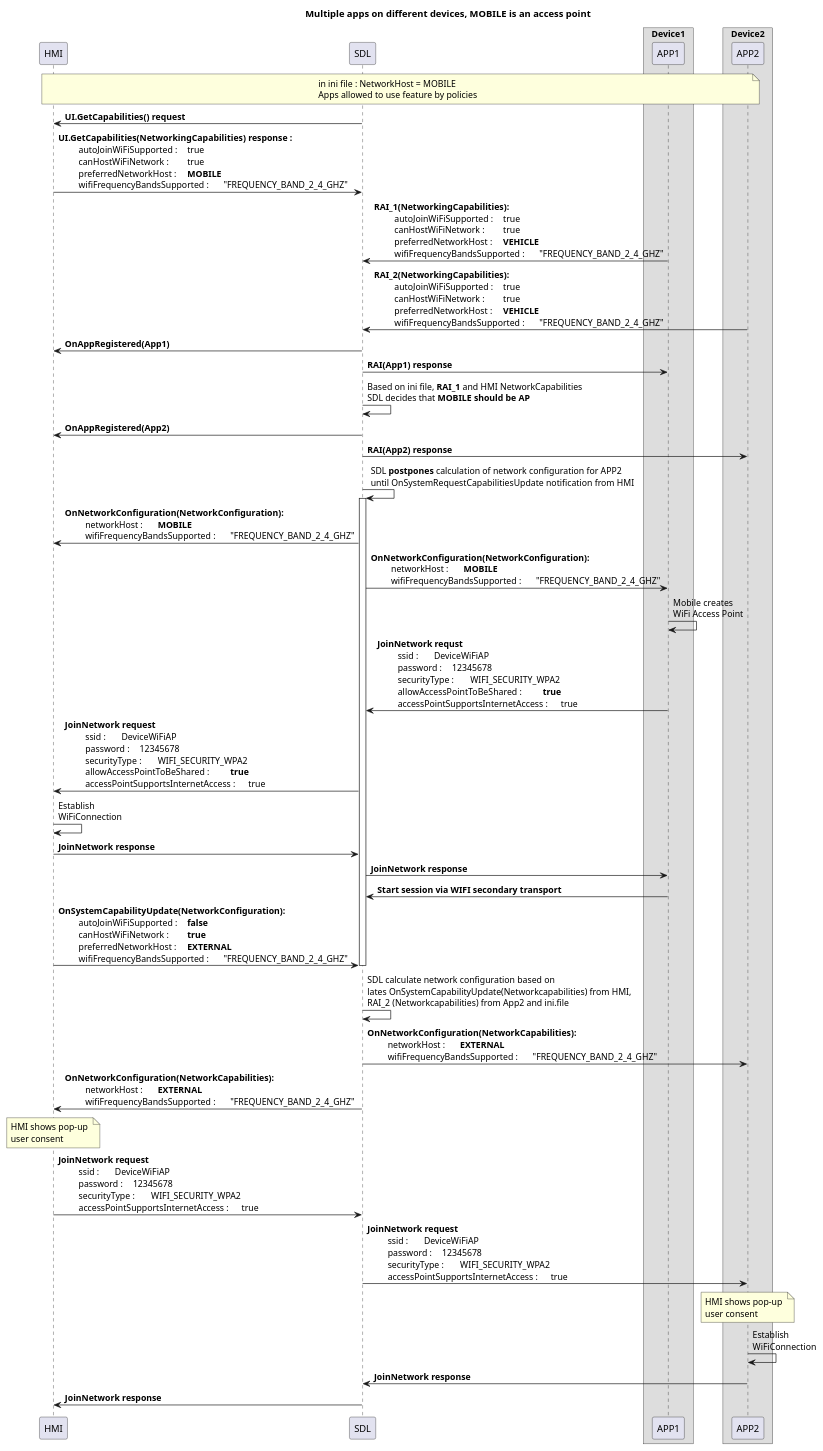
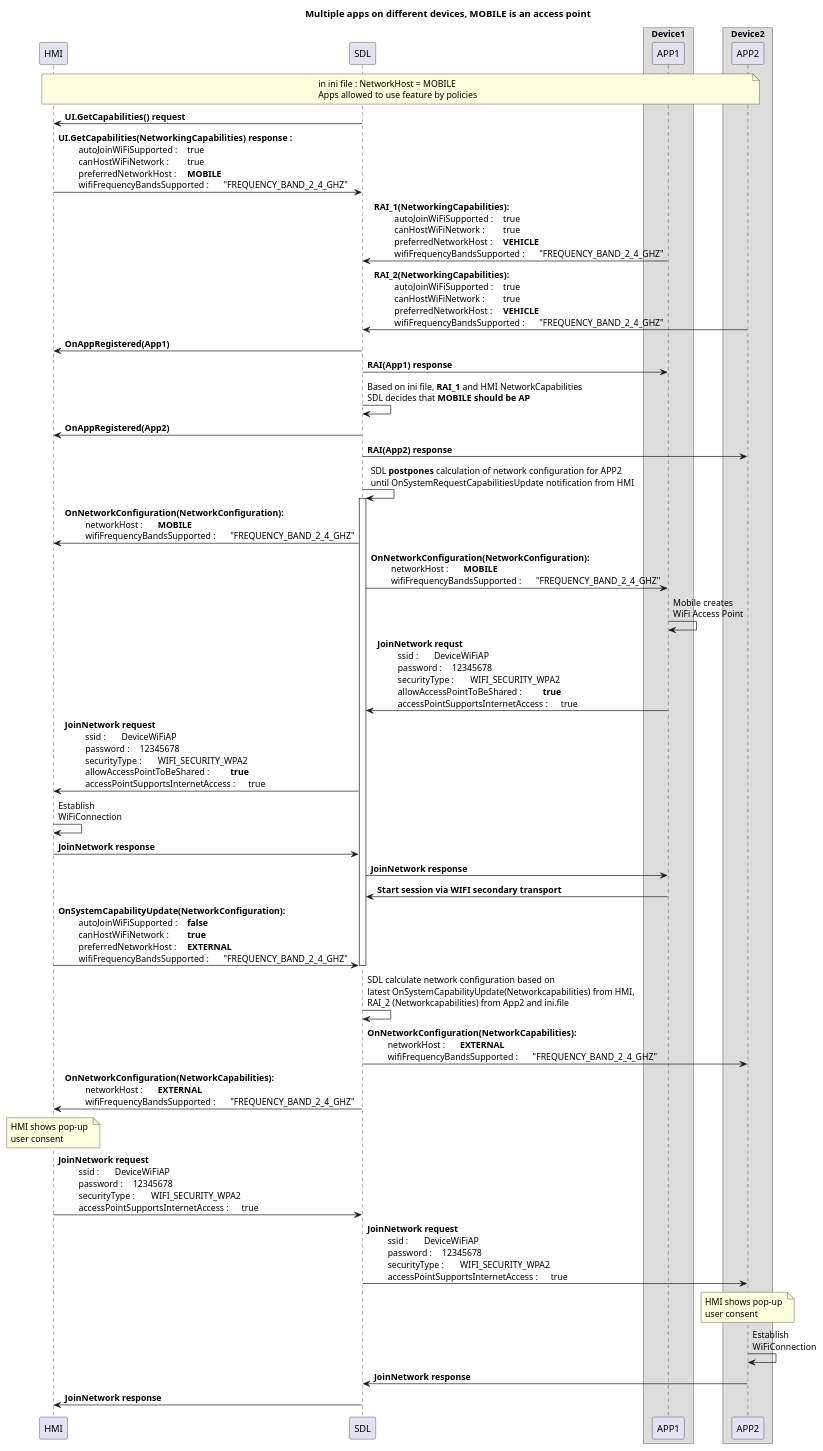
One commit to smartdevicelink/sdl_evolution changed the diagram in assets/proposals/0245-sharing-wifi-ssid-and-password/mobile_access_point_multidev_externalhost.puml. Above: the diagram before and after it, drawn with PlantUML. The commit also changed 3 other files, not shown here.

```diff
--- a/assets/proposals/0245-sharing-wifi-ssid-and-password/mobile_access_point_multidev_externalhost.puml
+++ b/assets/proposals/0245-sharing-wifi-ssid-and-password/mobile_access_point_multidev_externalhost.puml
@@ -1,129 +1,129 @@
 @startuml
 !pragma teoz true
 
 title Multiple apps on different devices, MOBILE is an access point
 participant HMI
 participant SDL
 box "Device1"
 participant APP1
 end box
 box "Device2"
 participant APP2
 end box
 
 note over HMI, APP2: in ini file : NetworkHost = MOBILE \n\
 Apps allowed to use feature by policies
 
 SDL -> HMI : <b>UI.GetCapabilities() request
 HMI -> SDL : <b>UI.GetCapabilities(NetworkingCapabilities) response : \n\
 \t autoJoinWiFiSupported : \t true \n\
 \t canHostWiFiNetwork : \t true \n\
 \t preferredNetworkHost : \t **MOBILE** \n\
 \t wifiFrequencyBandsSupported : \t "FREQUENCY_BAND_2_4_GHZ" 
 
 APP1 -> SDL : <b>RAI_1(NetworkingCapabilities): \n\
 \t autoJoinWiFiSupported : \t true \n\
 \t canHostWiFiNetwork : \t true \n\
 \t preferredNetworkHost : \t **VEHICLE** \n\
 \t wifiFrequencyBandsSupported : \t "FREQUENCY_BAND_2_4_GHZ" 
 
 APP2 -> SDL : <b>RAI_2(NetworkingCapabilities): \n\
 \t autoJoinWiFiSupported : \t true \n\
 \t canHostWiFiNetwork : \t true \n\
 \t preferredNetworkHost : \t **VEHICLE** \n\
 \t wifiFrequencyBandsSupported : \t "FREQUENCY_BAND_2_4_GHZ" 
 
 
 SDL -> HMI : <b>OnAppRegistered(App1) 
 SDL -> APP1 : <b>RAI(App1) response 
 
 SDL -> SDL : Based on ini file, **RAI_1** and HMI NetworkCapabilities\n\
 SDL decides that **MOBILE should be AP** 
 
 SDL -> HMI : <b>OnAppRegistered(App2) 
 SDL -> APP2 : <b>RAI(App2) response 
 
 SDL -> SDL : SDL **postpones** calculation of network configuration for APP2\n\
 until OnSystemRequestCapabilitiesUpdate notification from HMI
 activate SDL
 
 SDL -> HMI:  <b>OnNetworkConfiguration(NetworkConfiguration): \n\
 \t networkHost : \t **MOBILE** \n\
 \t wifiFrequencyBandsSupported : \t "FREQUENCY_BAND_2_4_GHZ" 
 
 SDL -> APP1:  <b>OnNetworkConfiguration(NetworkConfiguration): \n\
 \t networkHost : \t **MOBILE**\n\
 \t wifiFrequencyBandsSupported : \t "FREQUENCY_BAND_2_4_GHZ" 
 
 APP1 -> APP1 : Mobile creates \n\
 WiFi Access Point
 
 
 APP1 -> SDL: <b>JoinNetwork requst \n\
 \t ssid : \t DeviceWiFiAP \n\
 \t password : \t 12345678 \n\
 \t securityType : \t WIFI_SECURITY_WPA2 \n\
 \t allowAccessPointToBeShared : \t **true** \n\
 \t accessPointSupportsInternetAccess : \t true
 
 SDL -> HMI: <b>JoinNetwork request \n\
 \t ssid : \t DeviceWiFiAP \n\
 \t password : \t 12345678 \n\
 \t securityType : \t WIFI_SECURITY_WPA2 \n\
 \t allowAccessPointToBeShared : \t **true** \n\
 \t accessPointSupportsInternetAccess : \t true
 
 HMI -> HMI : Establish \n\
 WiFiConnection
 
 HMI -> SDL : <b>JoinNetwork response
 SDL -> APP1 : <b>JoinNetwork response
 
 APP1 -> SDL : <b>Start session via WIFI secondary transport
 
 HMI -> SDL:  <b>OnSystemCapabilityUpdate(NetworkConfiguration): \n\
 \t autoJoinWiFiSupported : \t **false** \n\
 \t canHostWiFiNetwork : \t **true**  \n\
 \t preferredNetworkHost : \t **EXTERNAL** \n\
 \t wifiFrequencyBandsSupported : \t "FREQUENCY_BAND_2_4_GHZ" 
 
 deactivate SDL
  
 SDL -> SDL : SDL calculate network configuration based on \n\
-lates OnSystemCapabilityUpdate(Networkcapabilities) from HMI, \n\
+latest OnSystemCapabilityUpdate(Networkcapabilities) from HMI, \n\
 RAI_2 (Networkcapabilities) from App2 and ini.file
 
 
 SDL -> APP2:  <b>OnNetworkConfiguration(NetworkCapabilities): \n\
 \t networkHost : \t **EXTERNAL** \n\
 \t wifiFrequencyBandsSupported : \t "FREQUENCY_BAND_2_4_GHZ" 
 
 SDL -> HMI:  <b>OnNetworkConfiguration(NetworkCapabilities): \n\
 \t networkHost : \t **EXTERNAL** \n\
 \t wifiFrequencyBandsSupported : \t "FREQUENCY_BAND_2_4_GHZ" 
 
 note over HMI: HMI shows pop-up \n\
 user consent 
 
 HMI -> SDL: <b>JoinNetwork request \n\
 \t ssid : \t DeviceWiFiAP \n\
 \t password : \t 12345678 \n\
 \t securityType : \t WIFI_SECURITY_WPA2 \n\
 \t accessPointSupportsInternetAccess : \t true
 
 SDL -> APP2: <b>JoinNetwork request\n\
 \t ssid : \t DeviceWiFiAP \n\
 \t password : \t 12345678 \n\
 \t securityType : \t WIFI_SECURITY_WPA2 \n\
 \t accessPointSupportsInternetAccess : \t true
 
 note over APP2: HMI shows pop-up \n\
 user consent 
 
 APP2 -> APP2 : Establish \n\
 WiFiConnection
 
 APP2 -> SDL : <b>JoinNetwork response
 SDL -> HMI : <b>JoinNetwork response
 
 @enduml
```
